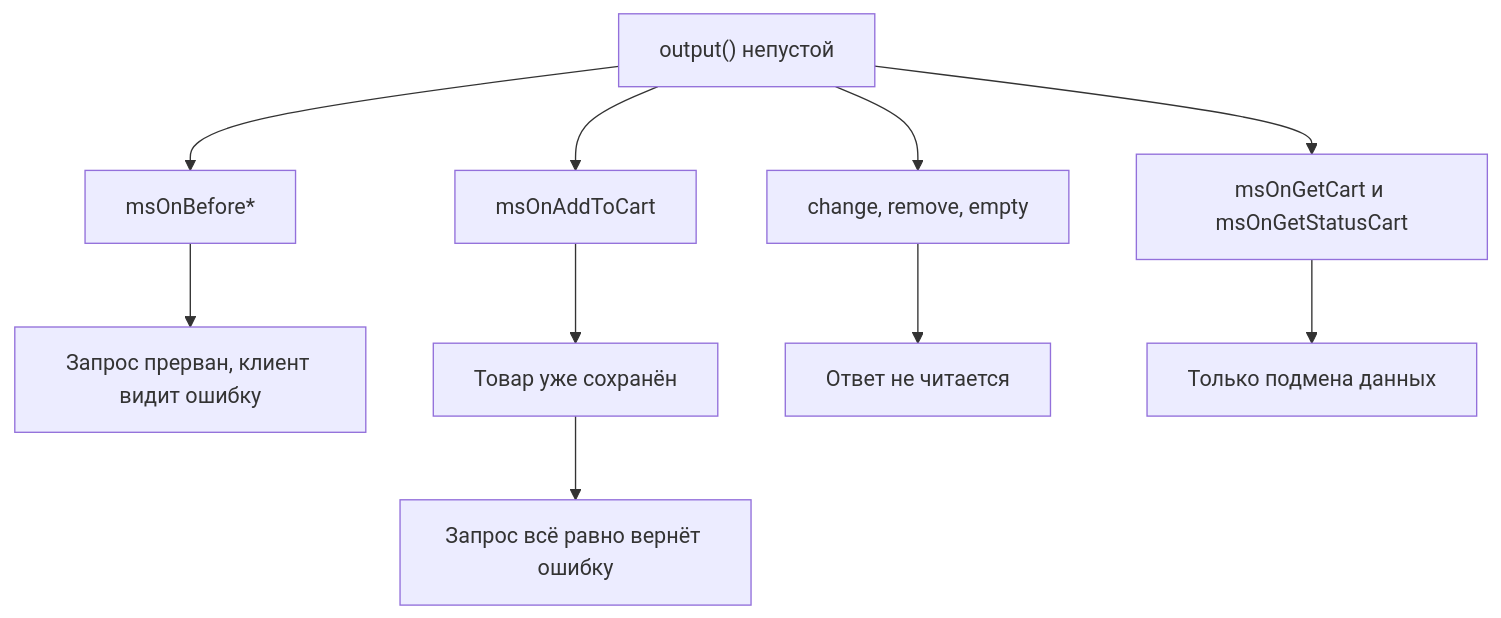
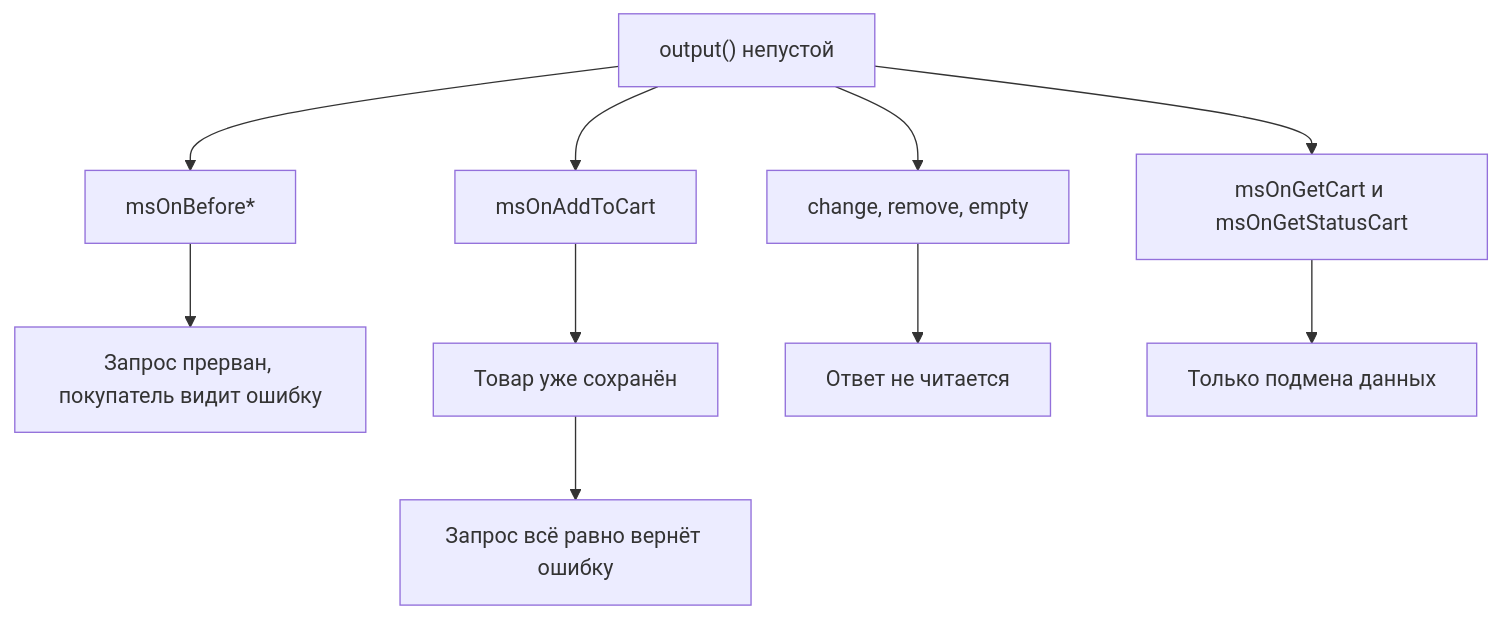
Before and after one commit to modx-pro/Docs: the first of 2 diagrams in docs/components/minishop3/development/events/cart.md, drawn with Mermaid. The commit also changed other lines of this file and 11 other files, not shown here.

````diff
--- a/docs/components/minishop3/development/events/cart.md
+++ b/docs/components/minishop3/development/events/cart.md
@@ -12,12 +12,12 @@
 ```mermaid
 flowchart TD
   output["output() непустой"] --> before["msOnBefore*"]
-  before --> stop["Запрос прерван, клиент видит ошибку"]
+  before --> stop["Запрос прерван, покупатель видит ошибку"]
   output --> added["msOnAddToCart"]
   added --> saved["Товар уже сохранён"]
   saved --> err["Запрос всё равно вернёт ошибку"]
   output --> done["change, remove, empty"]
   done --> ignore["Ответ не читается"]
   output --> getCart["msOnGetCart и msOnGetStatusCart"]
   getCart --> patch["Только подмена данных"]
 ```
````
